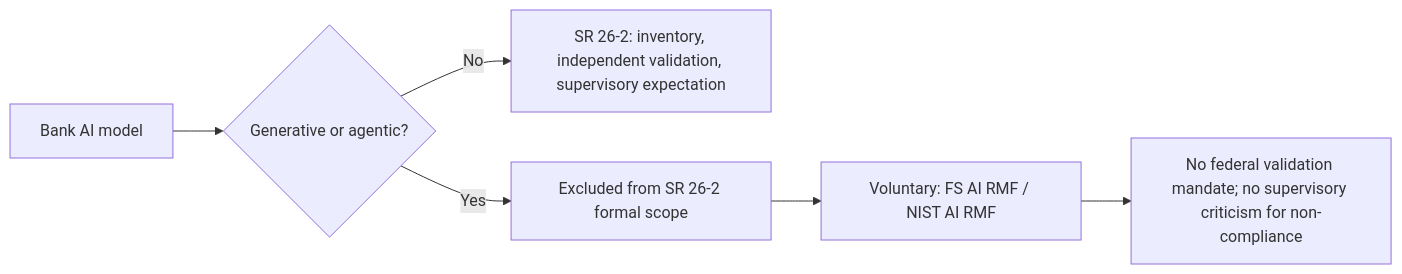
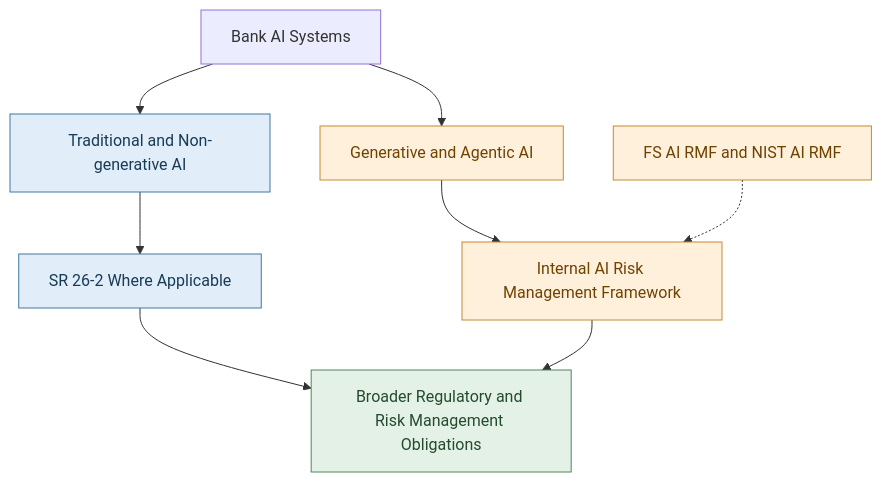
The first of 2 diagrams in posts/unpublished/sr-26-2-s-carve-out-collides-with-banking-s-own-survey-data-.md (minwu-ai/minwu-ai.github.io), drawn with Mermaid before and after one commit. The commit also changed other lines of this file, not shown here.

````diff
--- a/posts/unpublished/sr-26-2-s-carve-out-collides-with-banking-s-own-survey-data-.md
+++ b/posts/unpublished/sr-26-2-s-carve-out-collides-with-banking-s-own-survey-data-.md
@@ -26,8 +38,20 @@
 ```mermaid
-flowchart LR
-    A[Bank AI model] --> B{Generative or agentic?}
-    B -->|No| C[SR 26-2: inventory, independent validation, supervisory expectation]
-    B -->|Yes| D[Excluded from SR 26-2 formal scope]
-    D --> E[Voluntary: FS AI RMF / NIST AI RMF]
-    E --> F[No federal validation mandate; no supervisory criticism for non-compliance]
+flowchart TD
+    A[Bank AI Systems] --> B[Traditional and Non-generative AI]
+    A --> C[Generative and Agentic AI]
+
+    B --> D[SR 26-2 Where Applicable]
+    C --> E[Internal AI Risk Management Framework]
+    F[FS AI RMF and NIST AI RMF] -.-> E
+
+    D --> G[Broader Regulatory and Risk Management Obligations]
+    E --> G
+
+    classDef traditional fill:#e1edf8,stroke:#4376a1,color:#183b56
+    classDef emerging fill:#fff0dc,stroke:#c58a35,color:#704200
+    classDef common fill:#e4f1e7,stroke:#50865d,color:#244b2e
+
+    class B,D traditional
+    class C,E,F emerging
+    class G common
 ```
````
